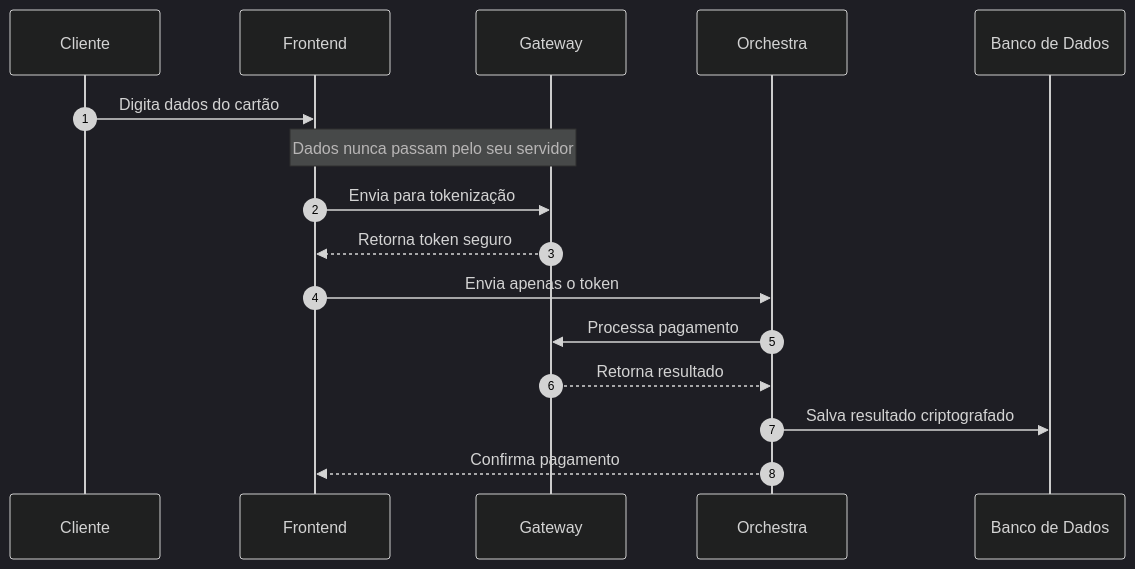
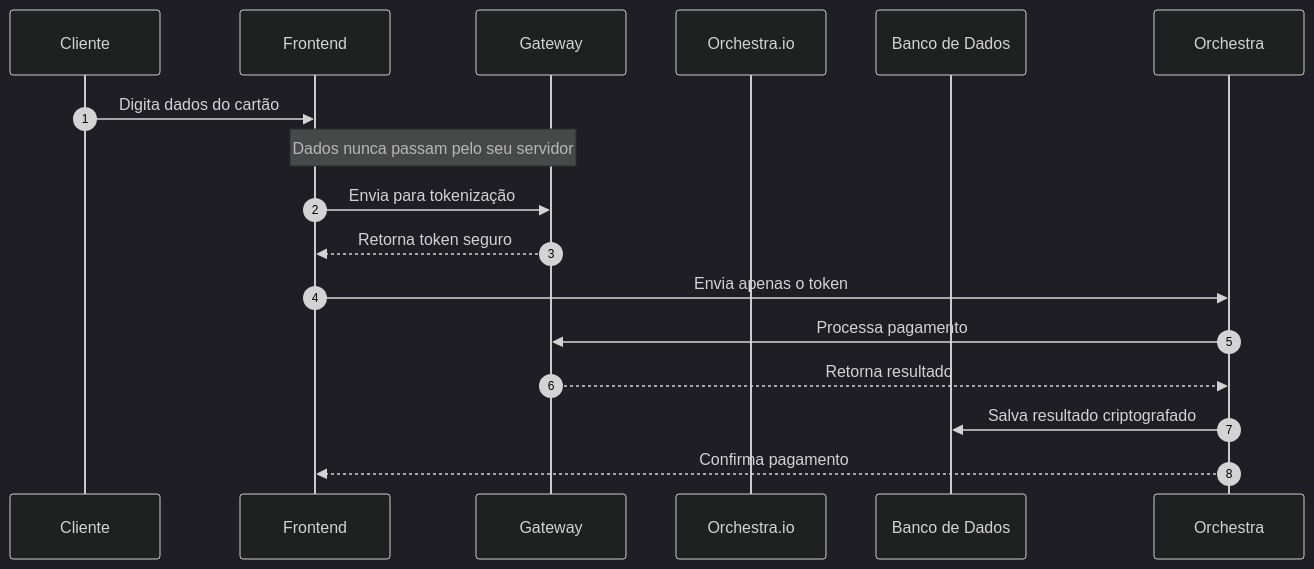
The second of 4 diagrams in README.md (vitinh0z/orquestra.io), drawn with Mermaid before and after one commit. The commit also changed other lines of this file, not shown here.

````diff
--- a/README.md
+++ b/README.md
@@ -105,20 +129,20 @@
 ```mermaid
-%%{init: {'theme':'dark', 'themeVariables': { 'primaryColor':'#1a1a1a','primaryTextColor':'#fff','primaryBorderColor':'#00ff00','lineColor':'#00ff00','secondaryColor':'#2a2a2a','tertiaryColor':'#1a1a1a','fontSize':'14px'}}}%%
+%%{init: {'theme':'dark', 'themeVariables': { 'primaryColor':'#1a1a1a','primaryTextColor':'#fff','primaryBorderColor':'#00ff00','lineColor':'#00ff00','secondaryColor':'#2a2a2a','tertiaryColor':'#1a1a1a'}}}%%
 sequenceDiagram
     autonumber
     participant Cliente
     participant Frontend
     participant Gateway
-    participant Orchestra
+    participant Orchestra.io
     participant Banco de Dados
 
     Cliente->>Frontend: Digita dados do cartão
     Note over Frontend,Gateway: Dados nunca passam pelo seu servidor
     Frontend->>Gateway: Envia para tokenização
     Gateway-->>Frontend: Retorna token seguro
     Frontend->>Orchestra: Envia apenas o token
     Orchestra->>Gateway: Processa pagamento
     Gateway-->>Orchestra: Retorna resultado
     Orchestra->>Banco de Dados: Salva resultado criptografado
     Orchestra-->>Frontend: Confirma pagamento
 ```
````
